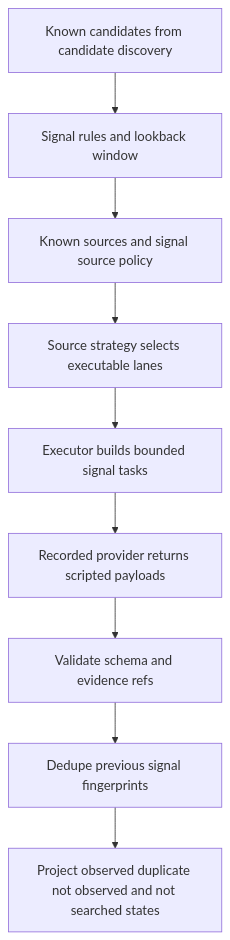
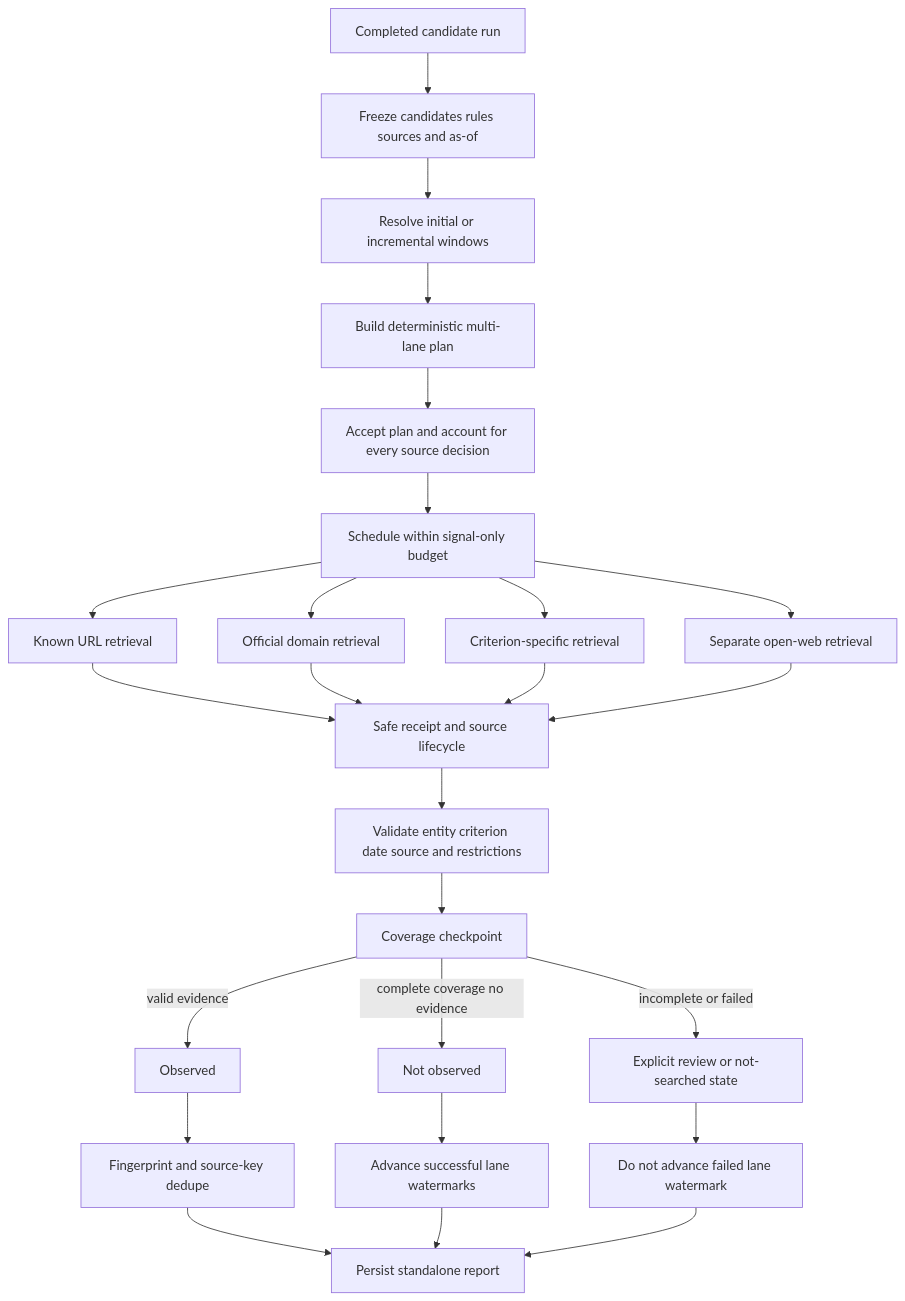
Before and after one commit to mudrezzz/power-web-os: the diagram in docs/radar/pipelines/signal-monitoring/RADAR_SIGNAL_MONITORING_AS_IS.md, drawn with Mermaid. The commit also changed other lines of this file and 122 other files, not shown here.

````diff
--- a/docs/radar/pipelines/signal-monitoring/RADAR_SIGNAL_MONITORING_AS_IS.md
+++ b/docs/radar/pipelines/signal-monitoring/RADAR_SIGNAL_MONITORING_AS_IS.md
@@ -40,11 +32,27 @@
 ```mermaid
 flowchart TD
-  A[Known candidates from candidate discovery] --> B[Signal rules and lookback window]
-  B --> C[Known sources and signal source policy]
-  C --> D[Source strategy selects executable lanes]
-  D --> E[Executor builds bounded signal tasks]
-  E --> F[Recorded provider returns scripted payloads]
-  F --> G[Validate schema and evidence refs]
-  G --> H[Dedupe previous signal fingerprints]
-  H --> I[Project observed duplicate not observed and not searched states]
+  A[Completed candidate run] --> B[Freeze candidates rules sources and as-of]
+  B --> C[Resolve initial or incremental windows]
+  C --> D[Build deterministic multi-lane plan]
+  D --> E[Accept plan and account for every source decision]
+  E --> F[Schedule within signal-only budget]
+  F --> G[Known URL retrieval]
+  F --> H[Official domain retrieval]
+  F --> I[Criterion-specific retrieval]
+  F --> J[Separate open-web retrieval]
+  G --> K[Safe receipt and source lifecycle]
+  H --> K
+  I --> K
+  J --> K
+  K --> L[Validate entity criterion date source and restrictions]
+  L --> M[Coverage checkpoint]
+  M -->|valid evidence| N[Observed]
+  M -->|complete coverage no evidence| O[Not observed]
+  M -->|incomplete or failed| P[Explicit review or not-searched state]
+  N --> Q[Fingerprint and source-key dedupe]
+  O --> R[Advance successful lane watermarks]
+  P --> S[Do not advance failed lane watermark]
+  Q --> T[Persist standalone report]
+  R --> T
+  S --> T
 ```
````
